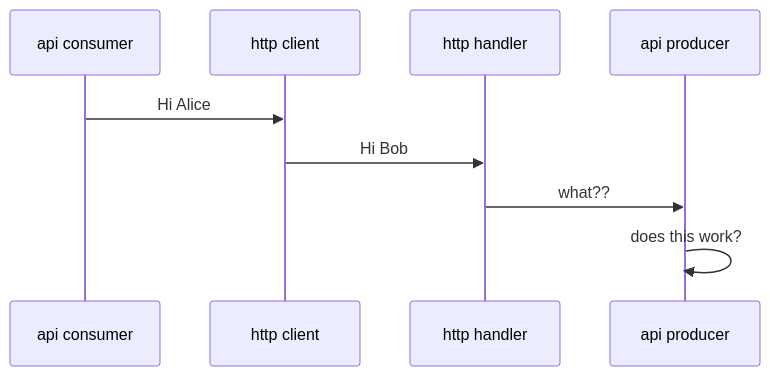
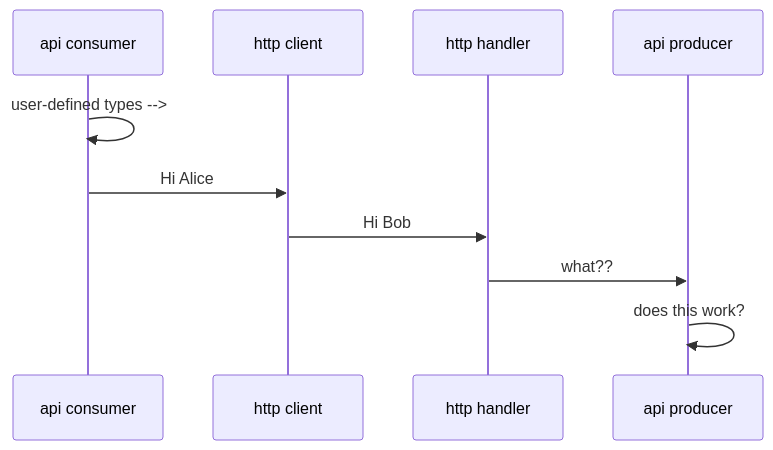
One commit to OData/odata.net changed the diagram in docs/architecture.md. Above: the diagram before and after it, drawn with Mermaid. The commit also changed other lines of this file, not shown here.

````diff
--- a/docs/architecture.md
+++ b/docs/architecture.md
@@ -221,11 +221,12 @@
 ```mermaid
 sequenceDiagram
     participant api consumer
     participant http client
     participant http handler
     participant api producer
+    api consumer->>api consumer: user-defined types --> 
     api consumer->>http client: Hi Alice
     http client->>http handler: Hi Bob
     http handler->>api producer: what??
     api producer->>api producer: does this work?
 ```
````
